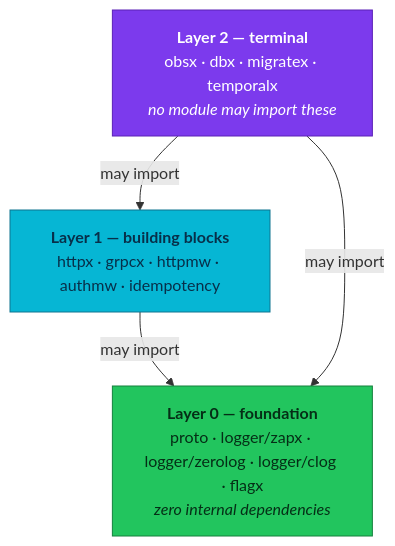
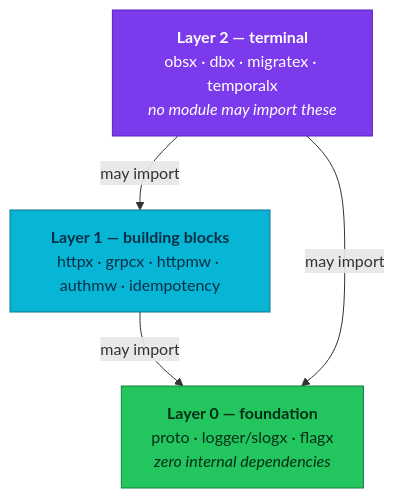
Before and after one commit to duynhlab/homelab: the diagram in docs/api/pkg.md, drawn with Mermaid. The commit also changed other lines of this file and 10 other files, not shown here.

````diff
--- a/docs/api/pkg.md
+++ b/docs/api/pkg.md
@@ -61,16 +74,16 @@
 ```mermaid
 flowchart TD
   L2["<b>Layer 2 — terminal</b><br/>obsx · dbx · migratex · temporalx<br/><i>no module may import these</i>"]
   L1["<b>Layer 1 — building blocks</b><br/>httpx · grpcx · httpmw · authmw · idempotency"]
-  L0["<b>Layer 0 — foundation</b><br/>proto · logger/zapx · logger/zerolog · logger/clog · flagx<br/><i>zero internal dependencies</i>"]
+  L0["<b>Layer 0 — foundation</b><br/>proto · logger/slogx · flagx<br/><i>zero internal dependencies</i>"]
   L2 -->|may import| L1
   L1 -->|may import| L0
   L2 -->|may import| L0
 
   classDef platform fill:#7c3aed,color:#fff,stroke:#5b21b6;
   classDef service fill:#06b6d4,color:#082f49,stroke:#0e7490;
   classDef data fill:#22c55e,color:#052e16,stroke:#15803d;
   class L2 platform;
   class L1 service;
   class L0 data;
 ```
````
